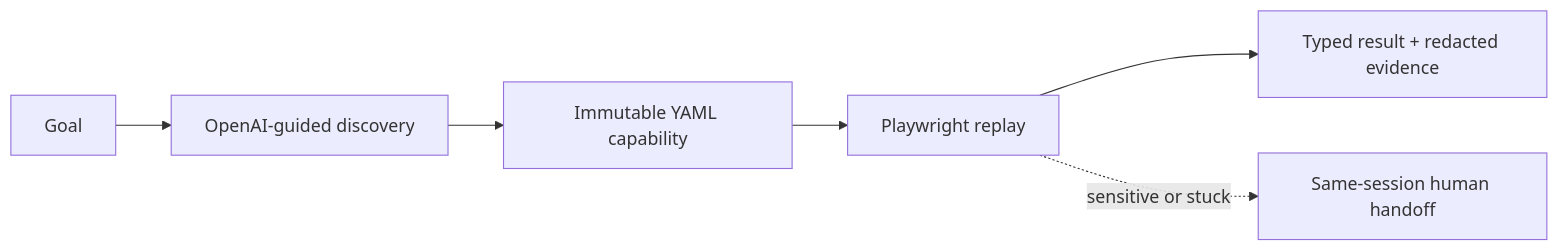
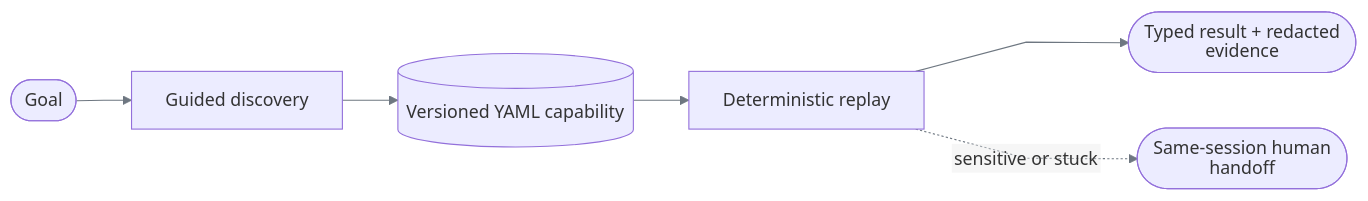
Before and after one commit to SivaTSS/replay-forge: the diagram in README.md, drawn with Mermaid. The commit also changed 7 other files, not shown here.

Commit message:
docs: standardize Mermaid diagrams

````diff
--- a/README.md
+++ b/README.md
@@ -5,8 +5,9 @@
 ```mermaid
+%%{init: {"htmlLabels":false,"themeVariables":{"lineColor":"#6E7781","signalColor":"#6E7781"},"flowchart":{"curve":"linear"},"sequence":{"wrap":true}}}%%
 flowchart LR
-    G[Goal] --> D[OpenAI-guided discovery]
-    D --> A[Immutable YAML capability]
-    A --> R[Playwright replay]
-    R --> X[Typed result + redacted evidence]
-    R -. sensitive or stuck .-> H[Same-session human handoff]
+    G([Goal]) --> D[Guided discovery]
+    D --> A[(Versioned YAML capability)]
+    A --> R[Deterministic replay]
+    R --> X([Typed result + redacted evidence])
+    R -. sensitive or stuck .-> H([Same-session human handoff])
 ```
````
